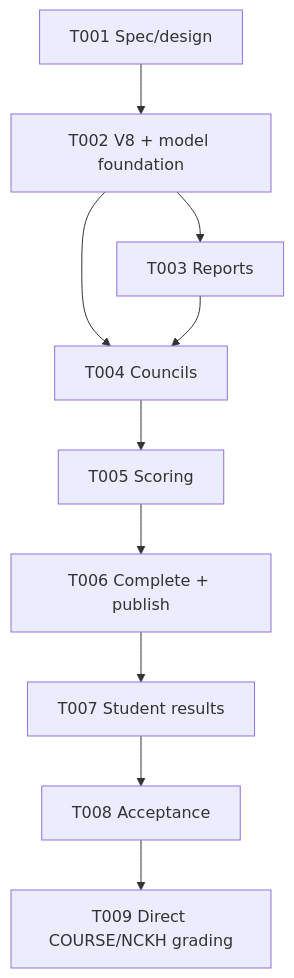
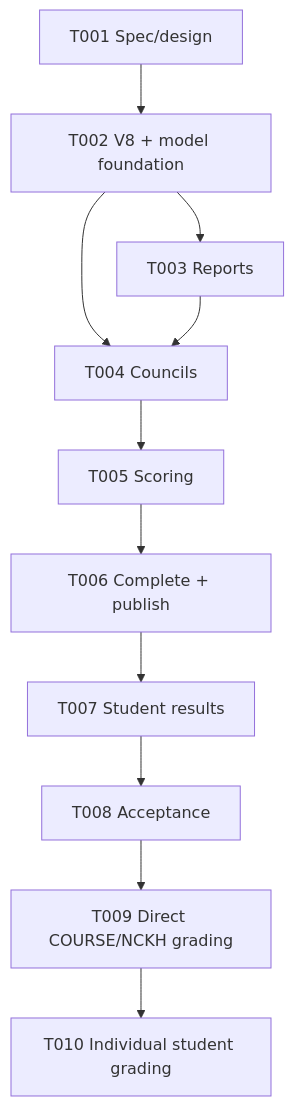
Before and after one commit to HuyDoDevv/student-topic-management: the diagram in specs/002-review-results/tasks.md, drawn with Mermaid. The commit also changed other lines of this file and 47 other files, not shown here.

Commit message:
feat(grading): grade each registration student (T010)

````diff
--- a/specs/002-review-results/tasks.md
+++ b/specs/002-review-results/tasks.md
@@ -160,12 +192,13 @@
 ```mermaid
 flowchart TD
   T001["T001 Spec/design"] --> T002["T002 V8 + model foundation"]
   T002 --> T003["T003 Reports"]
   T002 --> T004["T004 Councils"]
   T003 --> T004
   T004 --> T005["T005 Scoring"]
   T005 --> T006["T006 Complete + publish"]
   T006 --> T007["T007 Student results"]
   T007 --> T008["T008 Acceptance"]
   T008 --> T009["T009 Direct COURSE/NCKH grading"]
+  T009 --> T010["T010 Individual student grading"]
 ```
````
